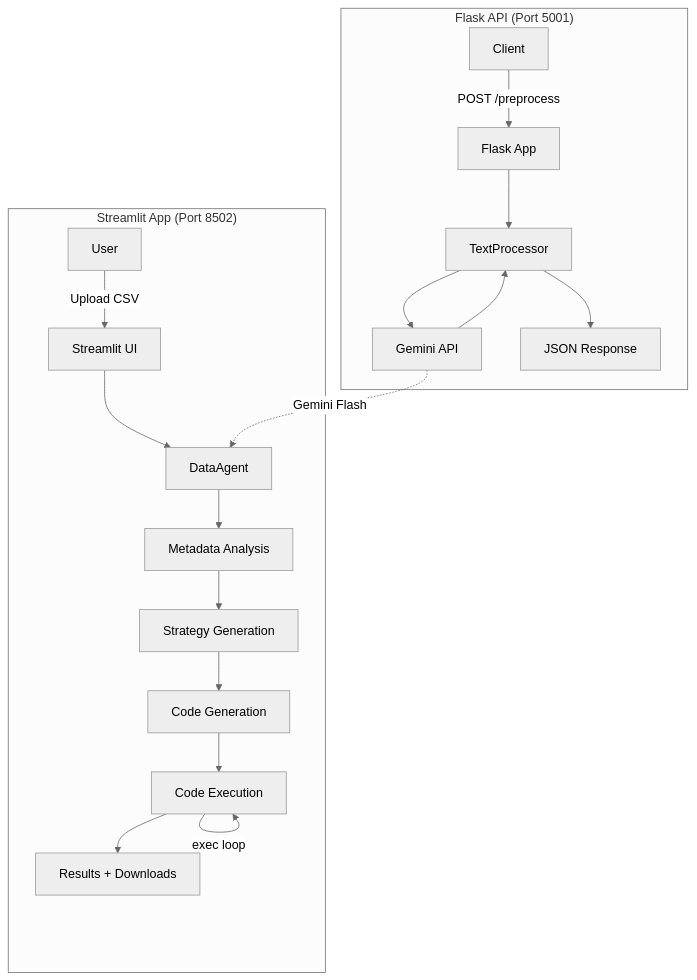
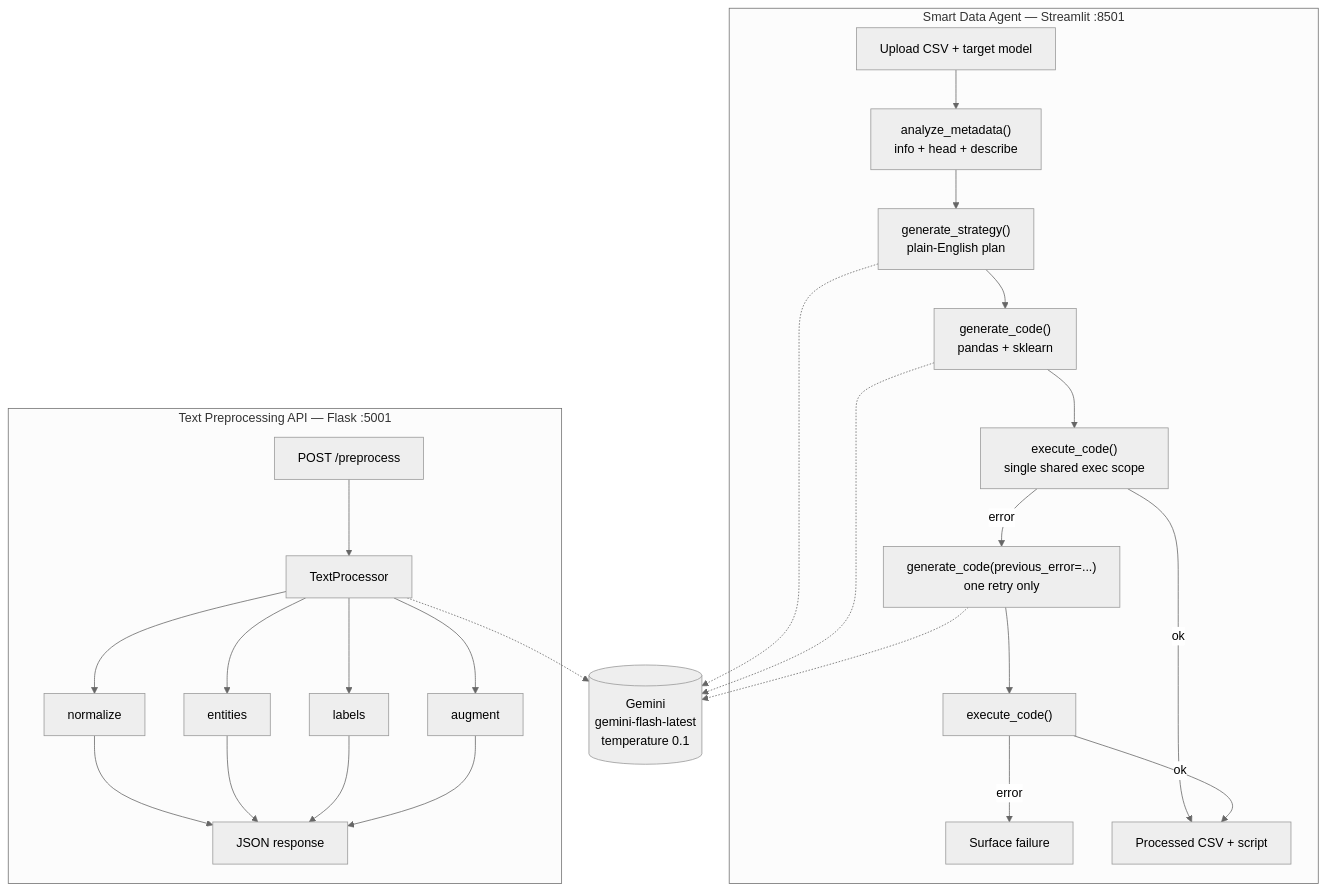
Before and after one commit to JRaviShankar2000/LLM-Powered-Data-Preprocessing-Pipeline-: the diagram in README.md, drawn with Mermaid (neutral theme). The commit also changed other lines of this file, not shown here.

````diff
--- a/README.md
+++ b/README.md
@@ -31,23 +228,29 @@
 ```mermaid
 graph TB
-    subgraph "Flask API (Port 5001)"
-        A[Client] -->|POST /preprocess| B[Flask App]
-        B --> C[TextProcessor]
-        C --> D[Gemini API]
-        D --> C
-        C --> E[JSON Response]
+    subgraph agent["Smart Data Agent — Streamlit :8501"]
+        U[Upload CSV + target model] --> M["analyze_metadata()<br/>info + head + describe"]
+        M --> S["generate_strategy()<br/>plain-English plan"]
+        S --> C["generate_code()<br/>pandas + sklearn"]
+        C --> E["execute_code()<br/>single shared exec scope"]
+        E -->|error| RC["generate_code(previous_error=...)<br/>one retry only"]
+        RC --> E2["execute_code()"]
+        E2 -->|error| F[Surface failure]
+        E -->|ok| D[Processed CSV + script]
+        E2 -->|ok| D
     end
-    
-    subgraph "Streamlit App (Port 8502)"
-        F[User] -->|Upload CSV| G[Streamlit UI]
-        G --> H[DataAgent]
-        H --> I[Metadata Analysis]
-        I --> J[Strategy Generation]
-        J --> K[Code Generation]
-        K --> L[Code Execution]
-        L -->|exec loop| L
-        L --> M[Results + Downloads]
+
+    subgraph api["Text Preprocessing API — Flask :5001"]
+        R["POST /preprocess"] --> P[TextProcessor]
+        P --> N[normalize]
+        P --> NE[entities]
+        P --> L[labels]
+        P --> AU[augment]
+        N & NE & L & AU --> J[JSON response]
     end
-    
-    D -.Gemini Flash.-> H
+
+    G[("Gemini<br/>gemini-flash-latest<br/>temperature 0.1")]
+    S -.-> G
+    C -.-> G
+    RC -.-> G
+    P -.-> G
 ```
````
